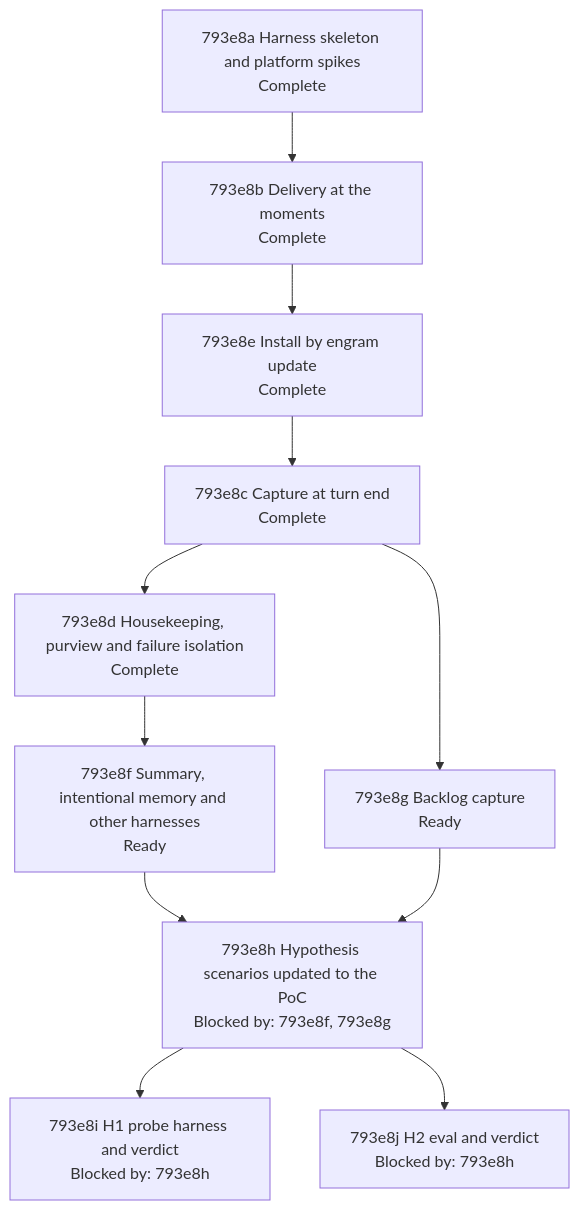
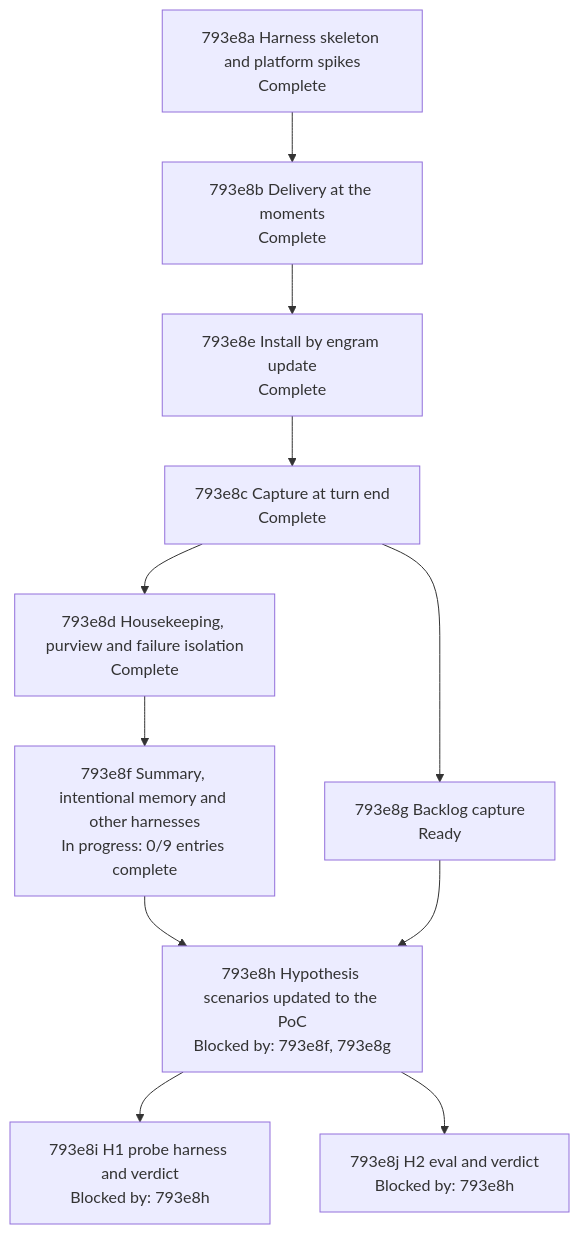
Before and after one commit to toejough/engram: the diagram in docs/changes/793_parallel-memory-agent/793e_implementation-plan.md, drawn with Mermaid.

Commit message:
docs(793e8f): node in progress
AI-Used: [claude]

````diff
--- a/docs/changes/793_parallel-memory-agent/793e_implementation-plan.md
+++ b/docs/changes/793_parallel-memory-agent/793e_implementation-plan.md
@@ -214,21 +214,21 @@
 ```mermaid
 flowchart TD
   n793e8a["793e8a Harness skeleton and platform spikes<br/>Complete"]
   n793e8b["793e8b Delivery at the moments<br/>Complete"]
   n793e8e["793e8e Install by engram update<br/>Complete"]
   n793e8c["793e8c Capture at turn end<br/>Complete"]
   n793e8d["793e8d Housekeeping, purview and failure isolation<br/>Complete"]
   n793e8g["793e8g Backlog capture<br/>Ready"]
-  n793e8f["793e8f Summary, intentional memory and other harnesses<br/>Ready"]
+  n793e8f["793e8f Summary, intentional memory and other harnesses<br/>In progress: 0/9 entries complete"]
   n793e8h["793e8h Hypothesis scenarios updated to the PoC<br/>Blocked by: 793e8f, 793e8g"]
   n793e8i["793e8i H1 probe harness and verdict<br/>Blocked by: 793e8h"]
   n793e8j["793e8j H2 eval and verdict<br/>Blocked by: 793e8h"]
   n793e8a --> n793e8b --> n793e8e --> n793e8c
   n793e8c --> n793e8d
   n793e8c --> n793e8g
   n793e8d --> n793e8f
   n793e8f --> n793e8h
   n793e8g --> n793e8h
   n793e8h --> n793e8i
   n793e8h --> n793e8j
 ```
````
